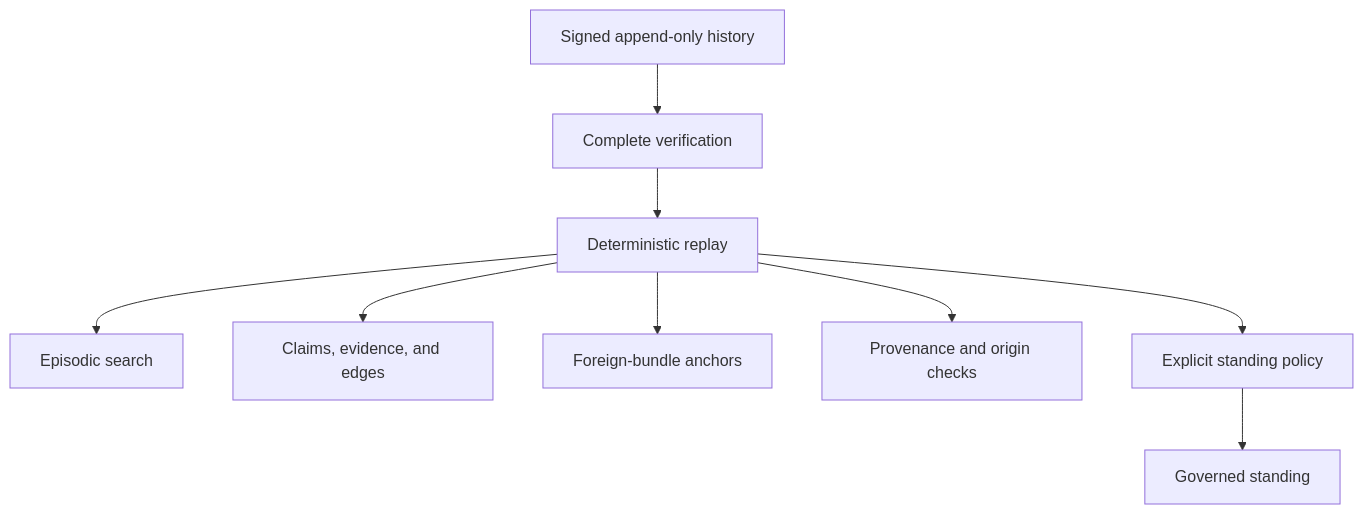
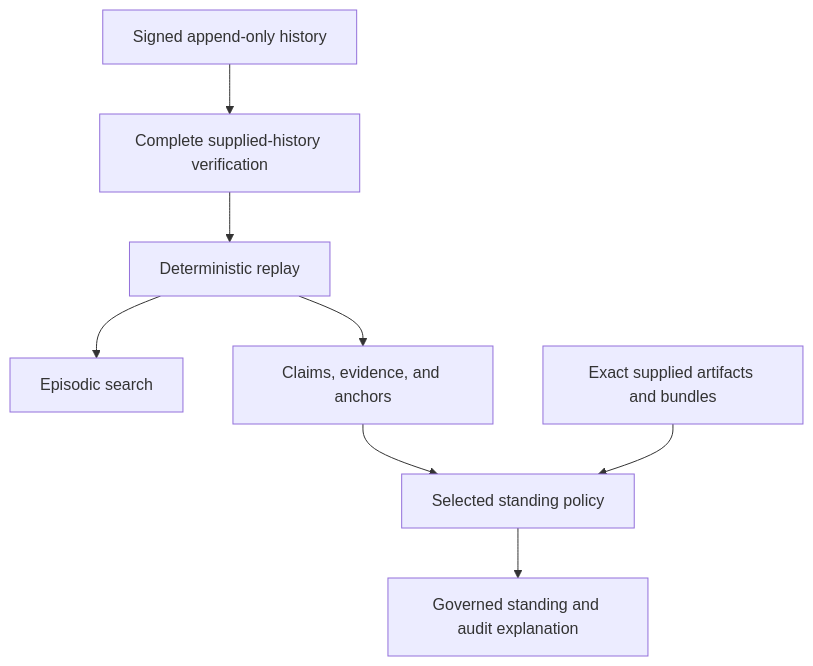
Before and after one commit to noctem-o/magpie: the diagram in README.md, drawn with Mermaid. The commit also changed other lines of this file, not shown here.

Commit message:
docs: redesign README with clear visual hierarchy and explicit boundaries

````diff
--- a/README.md
+++ b/README.md
@@ -130,13 +118,10 @@
 ```mermaid
-flowchart TD
-    H["Signed append-only history"] --> V["Complete verification"]
+flowchart TB
+    H["Signed append-only history"] --> V["Complete supplied-history verification"]
     V --> R["Deterministic replay"]
-
     R --> E["Episodic search"]
-    R --> C["Claims, evidence, and edges"]
-    R --> F["Foreign-bundle anchors"]
-    R --> P["Provenance and origin checks"]
-    R --> S["Explicit standing policy"]
-
-    S --> G["Governed standing"]
+    R --> C["Claims, evidence, and anchors"]
+    C --> S["Selected standing policy"]
+    I["Exact supplied artifacts and bundles"] --> S
+    S --> G["Governed standing and audit explanation"]
 ```
````
